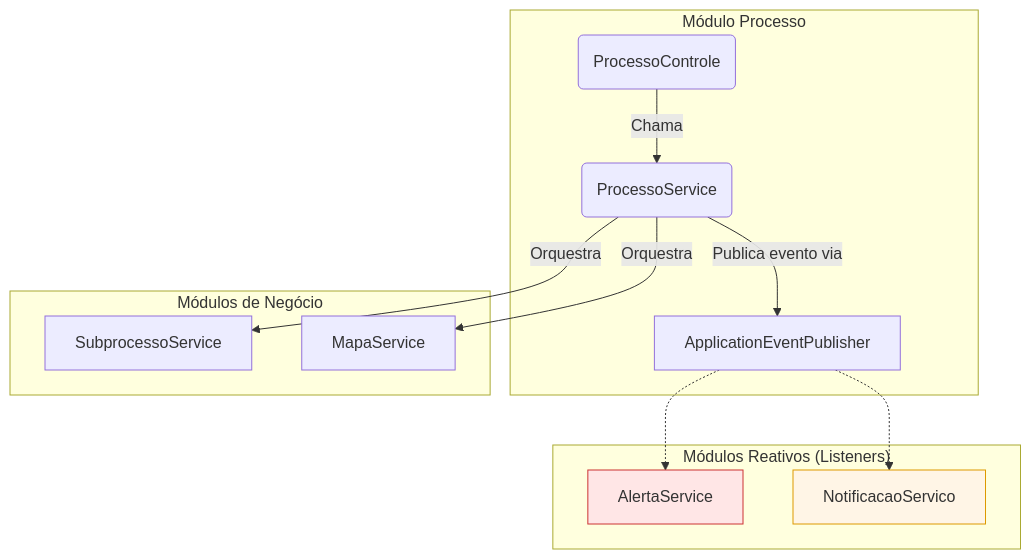
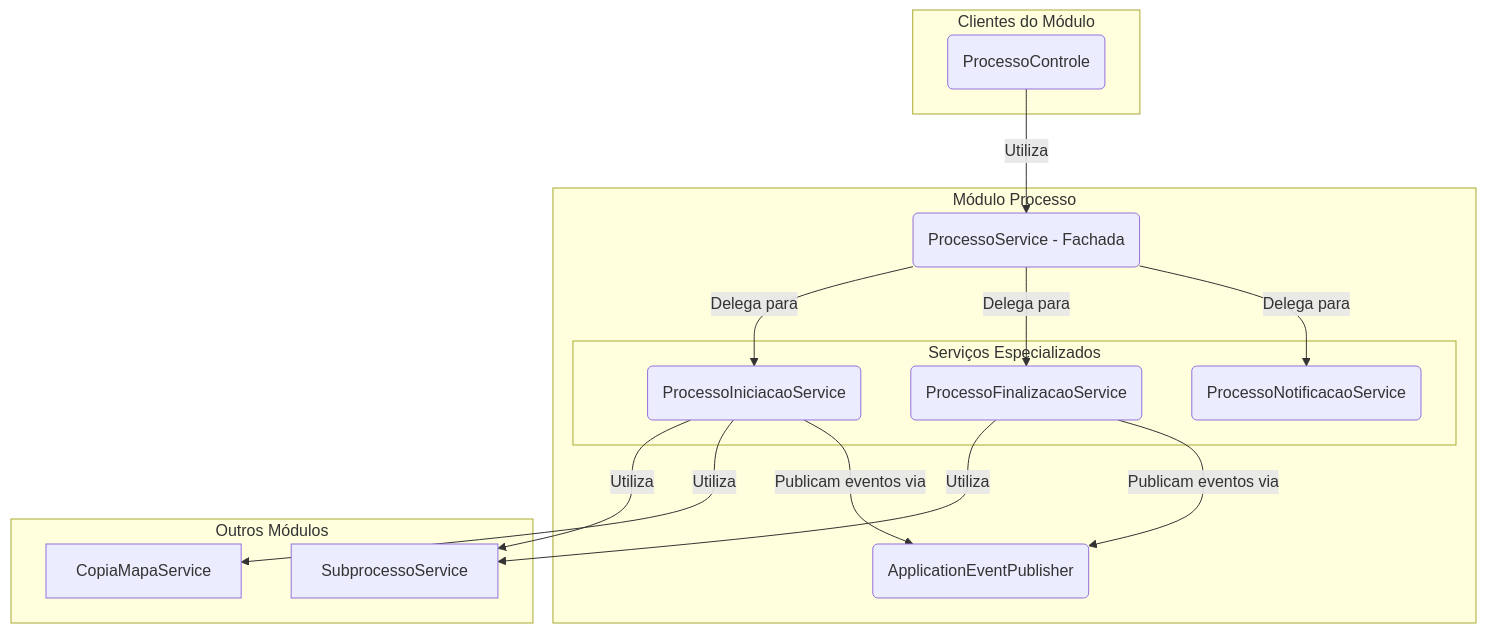
The diagram in backend/src/main/java/sgc/processo/README.md (lgalvao/sgc), drawn with Mermaid before and after one commit. The commit also changed other lines of this file and 12 other files, not shown here.

````diff
--- a/backend/src/main/java/sgc/processo/README.md
+++ b/backend/src/main/java/sgc/processo/README.md
@@ -57,29 +11,34 @@
 ```mermaid
 graph TD
-    subgraph "Módulo Processo"
-        A(ProcessoControle)
-        B(ProcessoService)
-        C[ApplicationEventPublisher]
+    subgraph "Clientes do Módulo"
+        Controle(ProcessoControle)
     end
 
-    subgraph "Módulos de Negócio"
-        D[SubprocessoService]
-        E[MapaService]
+    subgraph "Módulo Processo"
+        Facade(ProcessoService - Fachada)
+
+        subgraph "Serviços Especializados"
+            Iniciacao(ProcessoIniciacaoService)
+            Finalizacao(ProcessoFinalizacaoService)
+            Notificacao(ProcessoNotificacaoService)
+        end
+
+        Eventos(ApplicationEventPublisher)
     end
 
-    subgraph "Módulos Reativos (Listeners)"
-        F[AlertaService]
-        G[NotificacaoServico]
+    subgraph "Outros Módulos"
+        SubprocessoService
+        CopiaMapaService
     end
 
-    A -- Chama --> B
-    B -- Orquestra --> D
-    B -- Orquestra --> E
-    B -- Publica evento via --> C
+    Controle -- Utiliza --> Facade
 
-    C -.-> F
-    C -.-> G
+    Facade -- Delega para --> Iniciacao
+    Facade -- Delega para --> Finalizacao
+    Facade -- Delega para --> Notificacao
 
-    style F fill:#ffe6e6,stroke:#c33
-    style G fill:#fff5e6,stroke:#d90
+    Iniciacao -- Utiliza --> SubprocessoService & CopiaMapaService
+    Finalizacao -- Utiliza --> SubprocessoService
+
+    Iniciacao & Finalizacao -- Publicam eventos via --> Eventos
 ```
````
